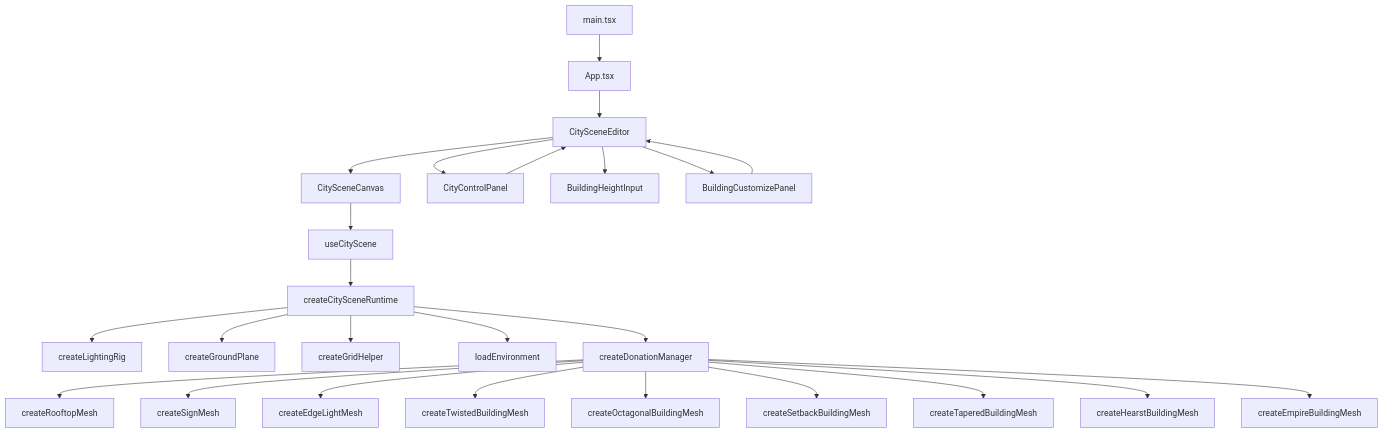
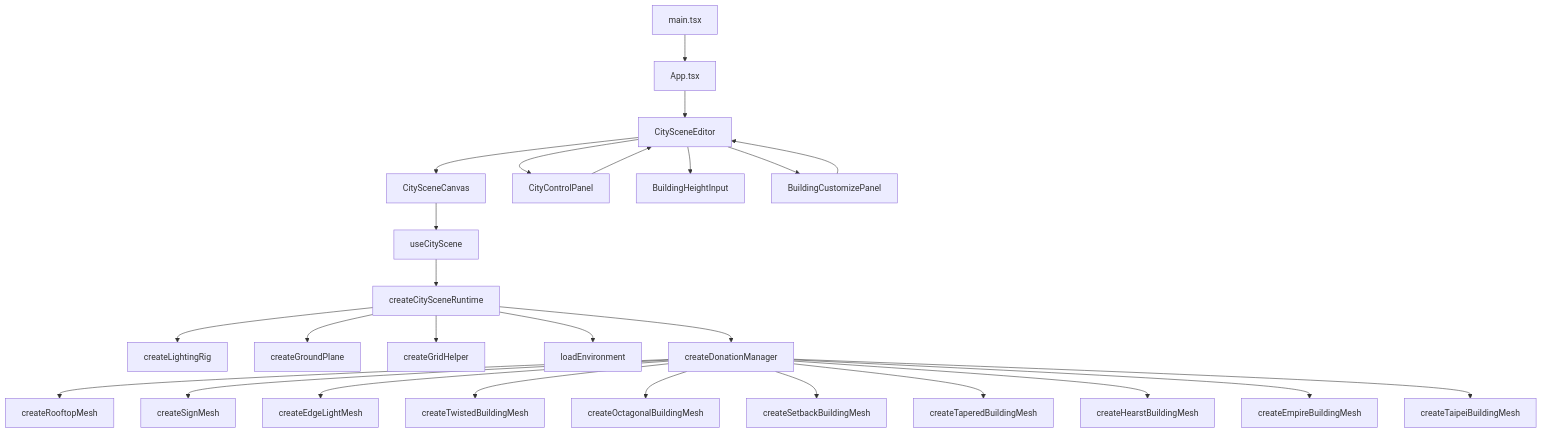
Before and after one commit to RaeII/pixcity: the first of 2 diagrams in doc-pixcity/index.md, drawn with Mermaid. The commit also changed other lines of this file and 12 other files, not shown here.

````diff
--- a/doc-pixcity/index.md
+++ b/doc-pixcity/index.md
@@ -169,27 +170,28 @@
 ```mermaid
 flowchart TD
     A[main.tsx] --> B[App.tsx]
     B --> C[CitySceneEditor]
     C --> D[CitySceneCanvas]
     C --> E[CityControlPanel]
     C --> F[BuildingHeightInput]
     C --> P[BuildingCustomizePanel]
     D --> G[useCityScene]
     G --> H[createCitySceneRuntime]
     H --> I[createLightingRig]
     H --> J[createGroundPlane]
     H --> K[createGridHelper]
     H --> L[loadEnvironment]
     H --> M[createDonationManager]
     M --> N[createRooftopMesh]
     M --> O[createSignMesh]
     M --> Q[createEdgeLightMesh]
     M --> T[createTwistedBuildingMesh]
     M --> U[createOctagonalBuildingMesh]
     M --> V[createSetbackBuildingMesh]
     M --> W[createTaperedBuildingMesh]
     M --> X[createHearstBuildingMesh]
     M --> Y[createEmpireBuildingMesh]
+    M --> Z[createTaipeiBuildingMesh]
     E --> C
     P --> C
 ```
````
